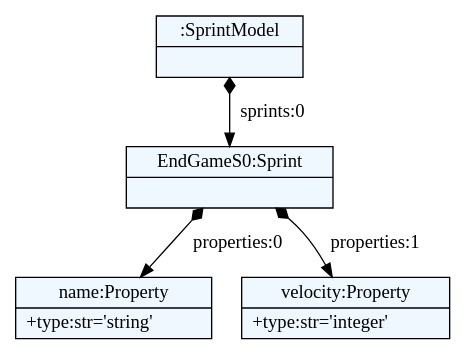
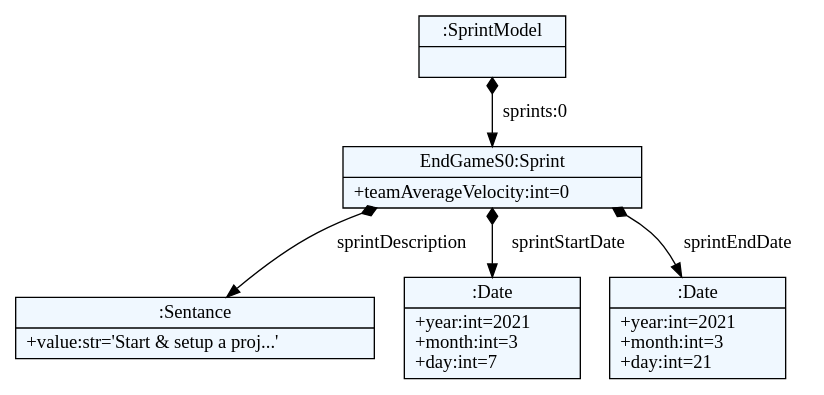
Before and after one commit to vlaksi/JSZD-Proj: the diagram in examples/sprintOne.dot, drawn with Graphviz. The commit also changed 5 other files, not shown here.

Commit message:
feature|test[grammar]: added sentance for the many words & added ; as separator between new lines & added initial test for the sprint

```diff
--- a/examples/sprintOne.dot
+++ b/examples/sprintOne.dot
@@ -1,22 +1,24 @@
 
     digraph textX {
     fontname = "Bitstream Vera Sans"
     fontsize = 8
     node[
         shape=record,
         style=filled,
         fillcolor=aliceblue
     ]
     nodesep = 0.3
     edge[dir=black,arrowtail=empty]
 
 
-4316889584 -> 4316891024 [label="sprints:0" arrowtail=diamond dir=both]
-4316891024 -> 4316891216 [label="properties:0" arrowtail=diamond dir=both]
-4316891216[label="{name:Property|+type:str='string'\l}"]
-4316891024 -> 4316891312 [label="properties:1" arrowtail=diamond dir=both]
-4316891312[label="{velocity:Property|+type:str='integer'\l}"]
-4316891024[label="{EndGameS0:Sprint|}"]
-4316889584[label="{:SprintModel|}"]
+4319065616 -> 4319066048 [label="sprints:0" arrowtail=diamond dir=both]
+4319066048 -> 4319066144 [label="sprintDescription" arrowtail=diamond dir=both]
+4319066144[label="{:Sentance|+value:str='Start & setup a proj...'\l}"]
+4319066048 -> 4319066240 [label="sprintStartDate" arrowtail=diamond dir=both]
+4319066240[label="{:Date|+year:int=2021\l+month:int=3\l+day:int=7\l}"]
+4319066048 -> 4319066288 [label="sprintEndDate" arrowtail=diamond dir=both]
+4319066288[label="{:Date|+year:int=2021\l+month:int=3\l+day:int=21\l}"]
+4319066048[label="{EndGameS0:Sprint|+teamAverageVelocity:int=0\l}"]
+4319065616[label="{:SprintModel|}"]
 
 }
```
